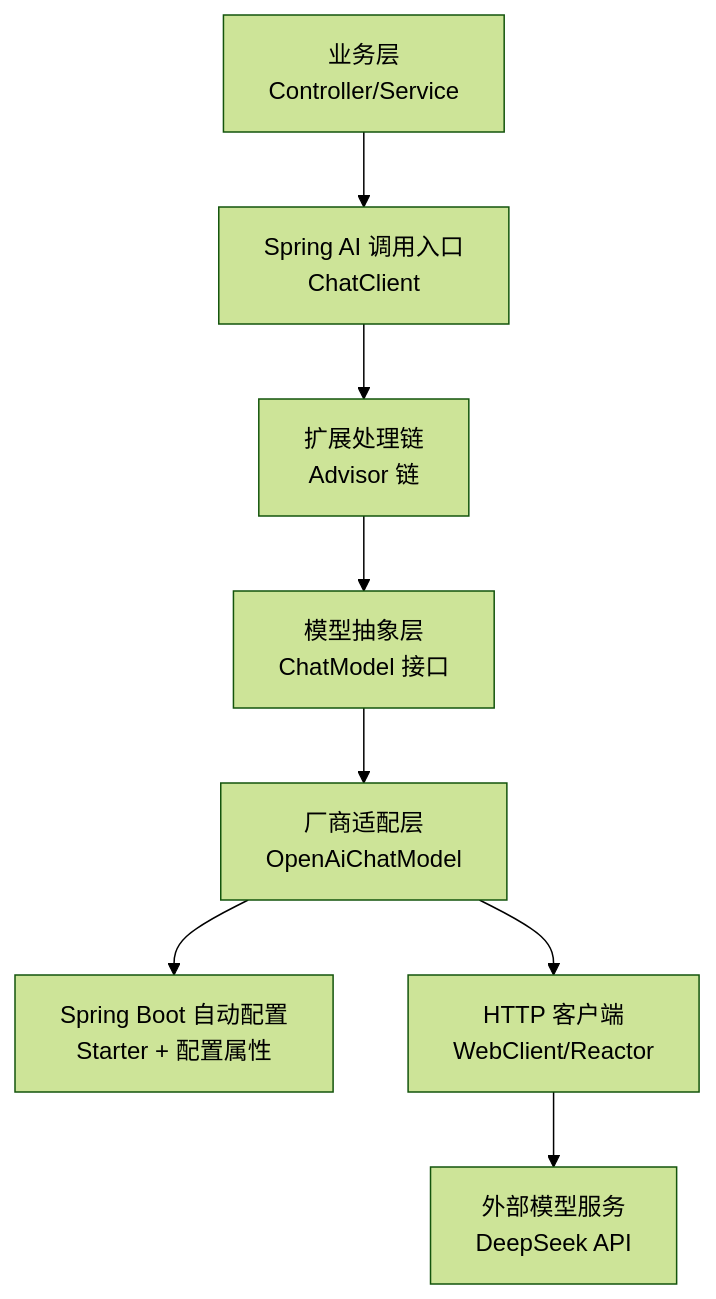
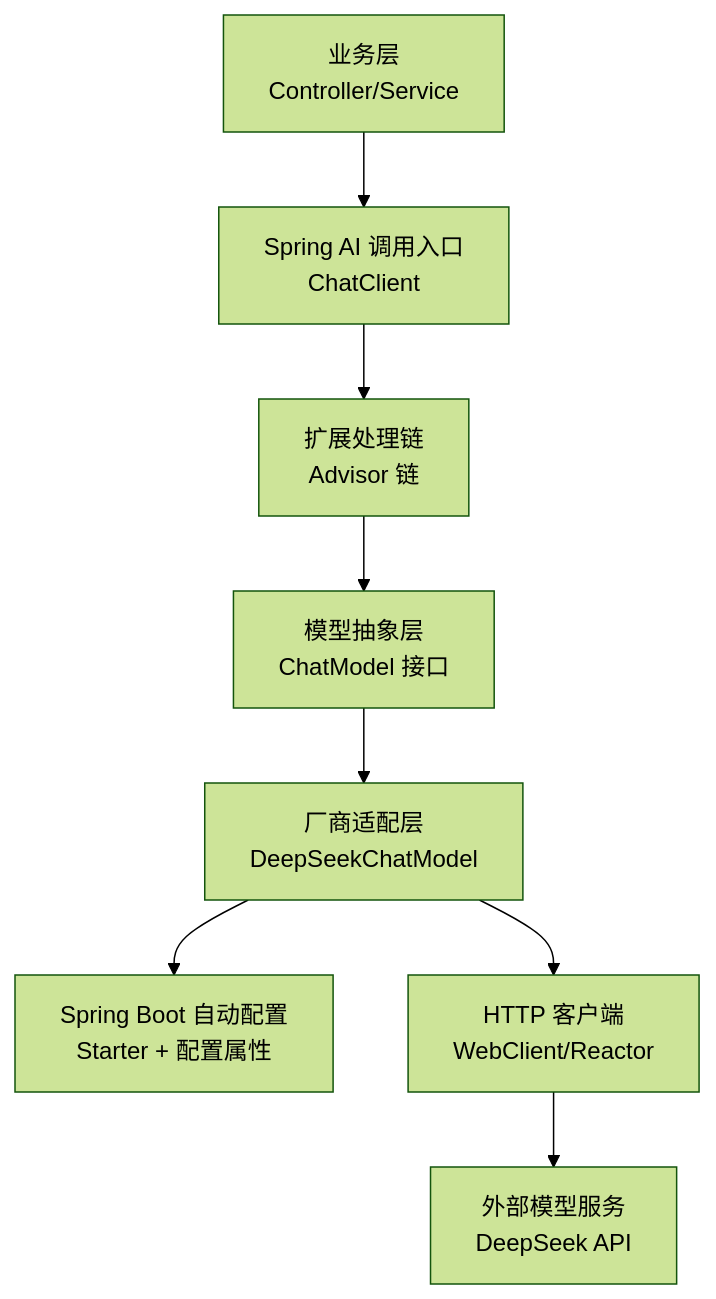
Before and after one commit to storyzhangli/M2-Java: the first of 2 diagrams in docs/proj_docs/D13-Spring AI 入门：架构、核心组件与模型接入.md, drawn with Mermaid (forest theme). The commit also changed other lines of this file, not shown here.

````diff
--- a/docs/proj_docs/D13-Spring AI 入门：架构、核心组件与模型接入.md
+++ b/docs/proj_docs/D13-Spring AI 入门：架构、核心组件与模型接入.md
@@ -65,10 +65,10 @@
 ```mermaid
 flowchart TD
     A[业务层<br/>Controller/Service] --> B[Spring AI 调用入口<br/>ChatClient]
     B --> C[扩展处理链<br/>Advisor 链]
     C --> D[模型抽象层<br/>ChatModel 接口]
-    D --> E[厂商适配层<br/>OpenAiChatModel]
+    D --> E[厂商适配层<br/>DeepSeekChatModel]
     E --> F[Spring Boot 自动配置<br/>Starter + 配置属性]
     E --> G[HTTP 客户端<br/>WebClient/Reactor]
     G --> H[外部模型服务<br/>DeepSeek API]
 ```
````
